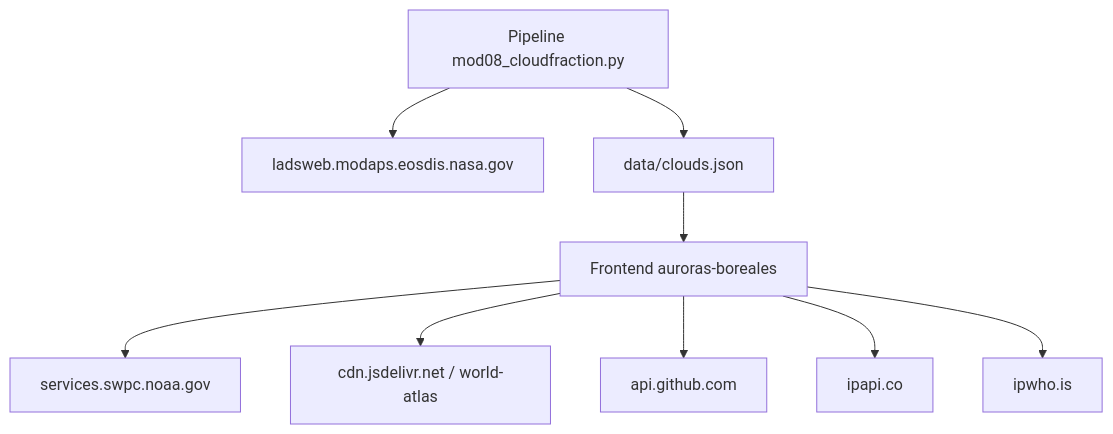
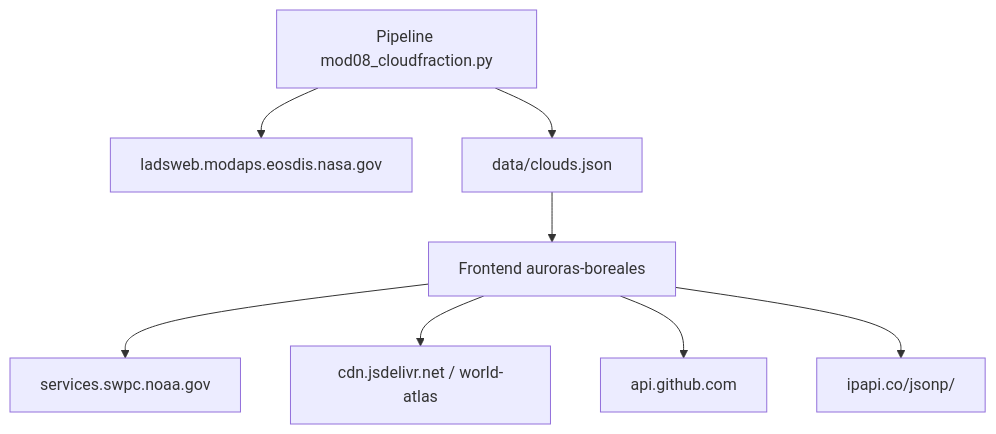
Before and after one commit to romezamario/auroras-boreales: the fourth of 4 diagrams in README.md, drawn with Mermaid. The commit also changed other lines of this file and 3 other files, not shown here.

````diff
--- a/README.md
+++ b/README.md
@@ -236,12 +236,11 @@
 ```mermaid
 flowchart TD
     APP[Frontend auroras-boreales]
     APP --> NOAA[services.swpc.noaa.gov]
     APP --> ATLAS[cdn.jsdelivr.net / world-atlas]
     APP --> GITHUB[api.github.com]
-    APP --> IP1[ipapi.co]
-    APP --> IP2[ipwho.is]
+    APP --> IP1[ipapi.co/jsonp/]
     JOB[Pipeline mod08_cloudfraction.py] --> LAADS[ladsweb.modaps.eosdis.nasa.gov]
     JOB --> CLOUDS[data/clouds.json]
     CLOUDS --> APP
 ```
````
